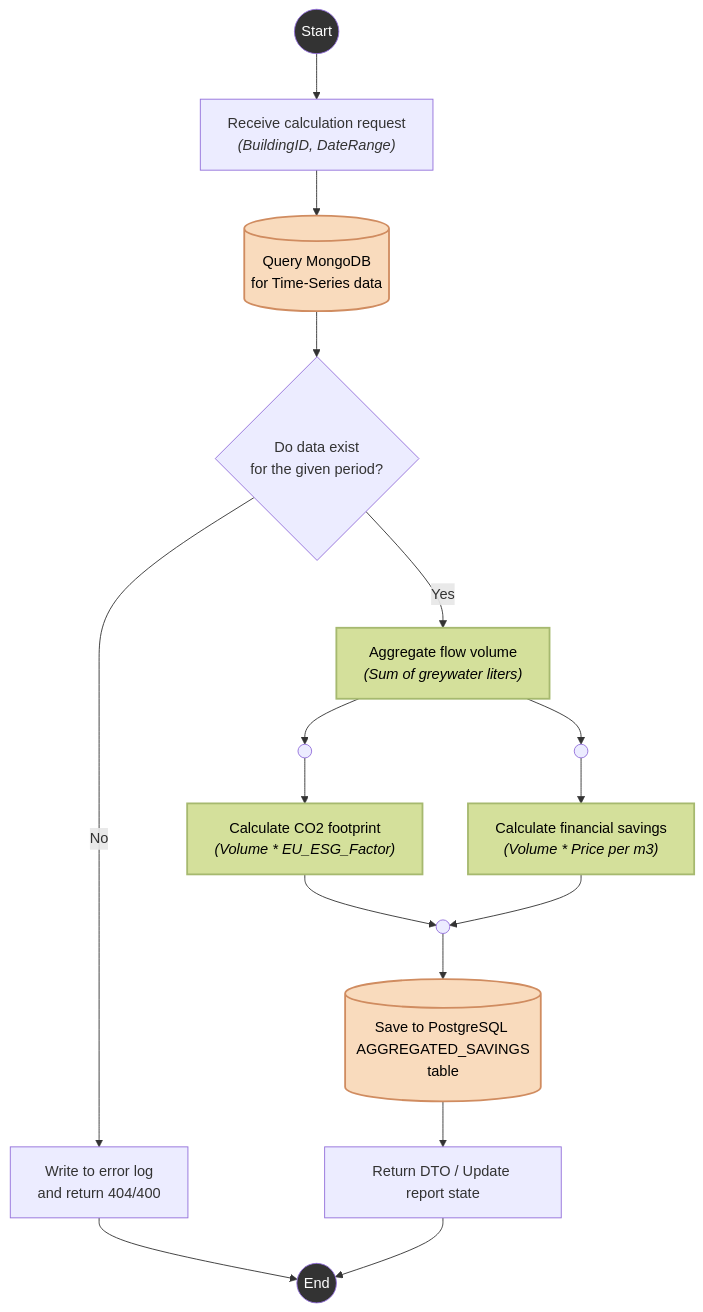
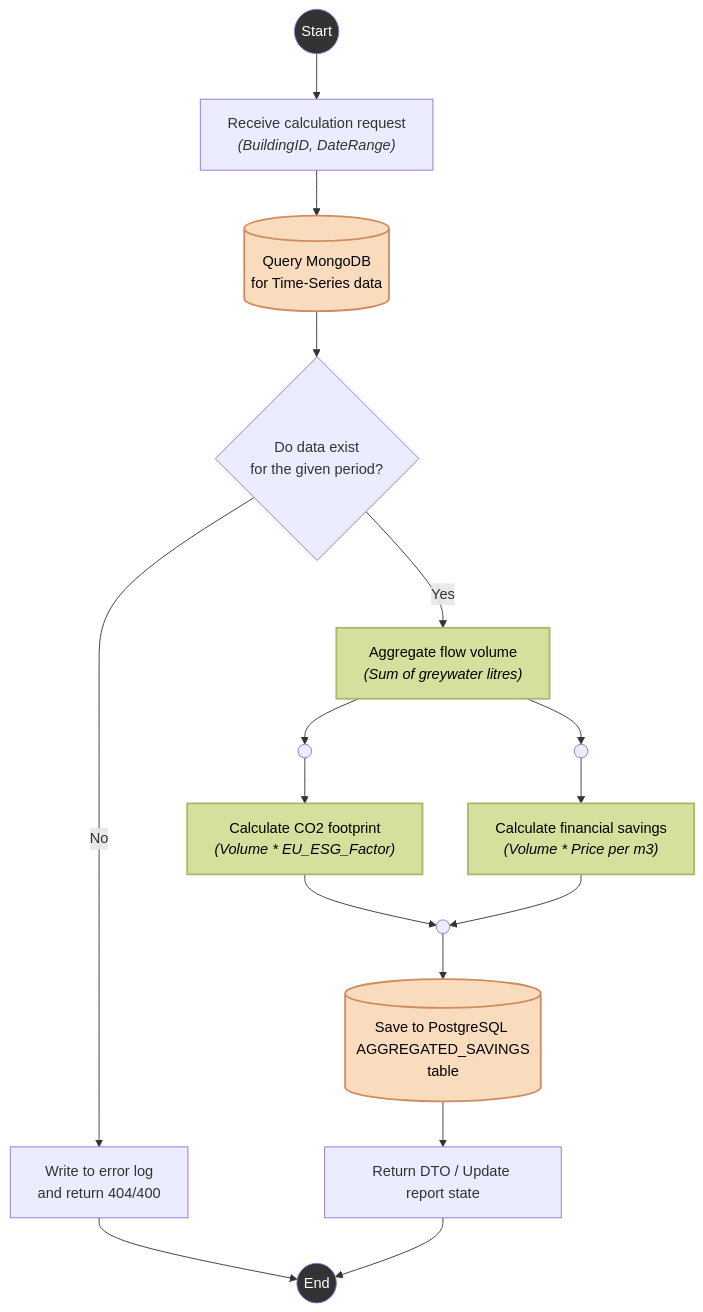
Before and after one commit to Willson22/hydrocycle-os: the diagram in docs/activity-diagram-savings.md, drawn with Mermaid. The commit also changed 4 other files, not shown here.

Commit message:
chores(architecture): typing and naming consistency correction

````diff
--- a/docs/activity-diagram-savings.md
+++ b/docs/activity-diagram-savings.md
@@ -7,59 +7,59 @@
 ```mermaid
 flowchart TD
     %% Node and shape definitions
     Start((Start))
     EndNode((End))
 
     Req["Receive calculation request <br> <i>(BuildingID, DateRange)</i>"]
     Fetch[("Query MongoDB <br> for Time-Series data")]
     Cond{"Do data exist <br> for the given period?"}
 
-    CalcVolume["Aggregate flow volume <br> <i>(Sum of greywater liters)</i>"]
+    CalcVolume["Aggregate flow volume <br> <i>(Sum of greywater litres)</i>"]
 
     %% Parallel processing (Fork/Join) // Enabled by Node.js method Promise.all()
     Fork1(( ))
     Fork2(( ))
 
     CalcCO2["Calculate CO2 footprint <br> <i>(Volume * EU_ESG_Factor)</i>"]
     CalcFin["Calculate financial savings <br> <i>(Volume * Price per m3)</i>"]
 
     Join(( ))
 
     Save[("Save to PostgreSQL <br> AGGREGATED_SAVINGS table")]
     Return["Return DTO / Update report state"]
     Err["Write to error log <br> and return 404/400"]
 
     %% Logic flow
     Start --> Req
     Req --> Fetch
     Fetch --> Cond
 
     Cond -- No --> Err
     Err --> EndNode
 
     Cond -- Yes --> CalcVolume
 
     %% Branching for parallel calculations
     CalcVolume --> Fork1
     CalcVolume --> Fork2
 
     Fork1 --> CalcCO2
     Fork2 --> CalcFin
 
     CalcCO2 --> Join
     CalcFin --> Join
 
     %% Join and save
     Join --> Save
     Save --> Return
     Return --> EndNode
 
     %% Styling for better readability
     classDef database fill:#f9dbbd,stroke:#d08c60,stroke-width:2px,color:#000;
     classDef calculation fill:#d4e09b,stroke:#a6b96f,stroke-width:2px,color:#000;
     classDef startend fill:#333,color:#fff;
     
     class Fetch,Save database;
     class CalcVolume,CalcCO2,CalcFin calculation;
     class Start,EndNode startend;
 ```
````
